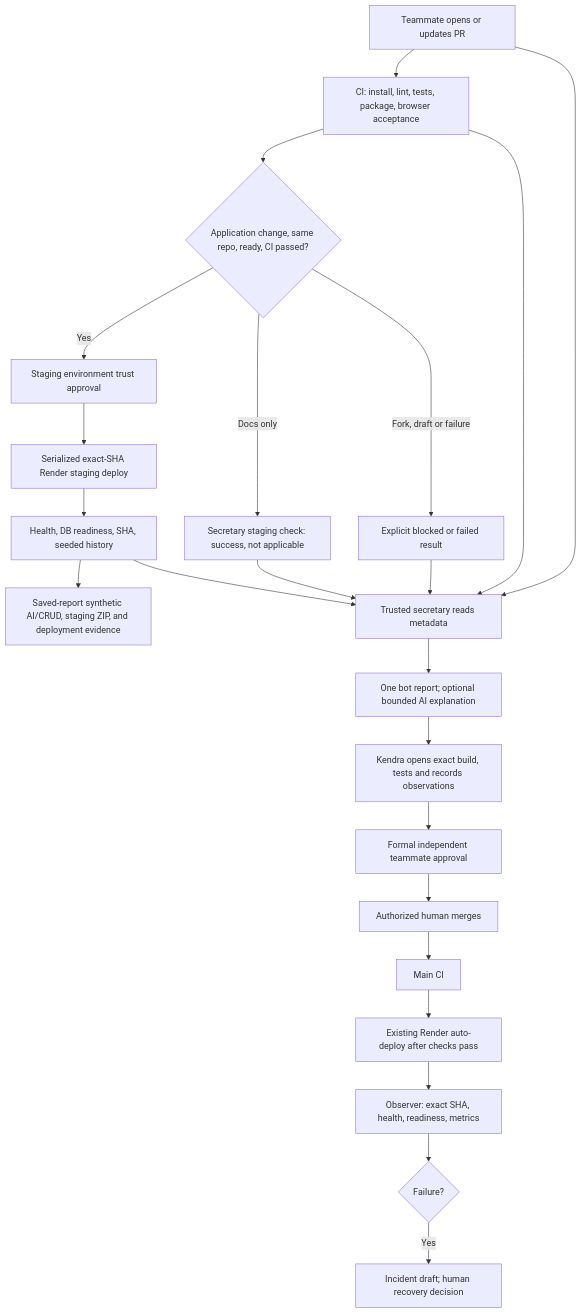
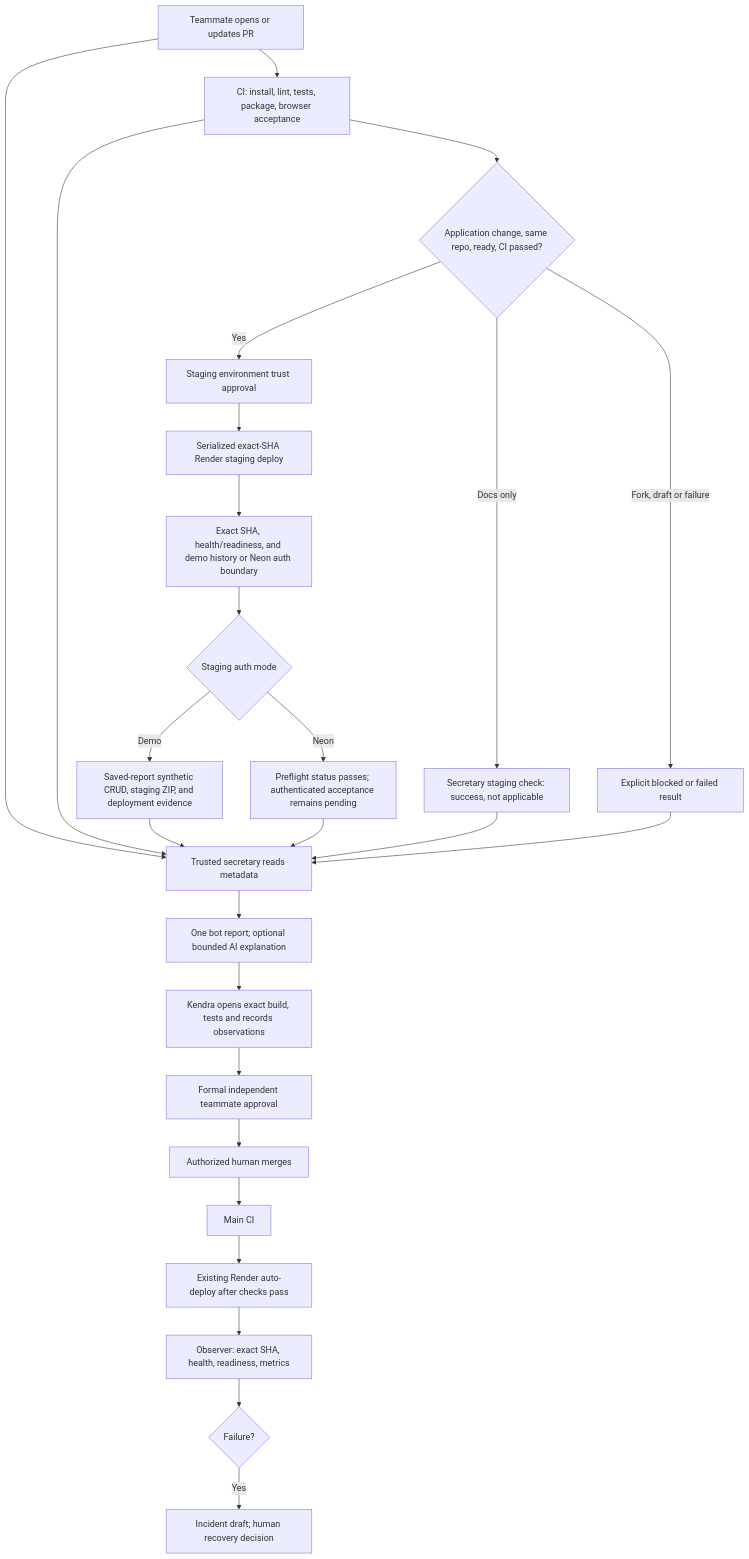
Before and after one commit to kendshhh/PhishLens: the diagram in docs/devops/secretary.md, drawn with Mermaid. The commit also changed other lines of this file and 4 other files, not shown here.

Commit message:
fix(devops): pass exact Neon staging preflight

````diff
--- a/docs/devops/secretary.md
+++ b/docs/devops/secretary.md
@@ -16,25 +16,28 @@
 ```mermaid
 flowchart TD
   P[Teammate opens or updates PR] --> C[CI: install, lint, tests, package, browser acceptance]
   P --> R[Trusted secretary reads metadata]
   C --> D{Application change, same repo, ready, CI passed?}
   D -->|Yes| E[Staging environment trust approval]
   E --> S[Serialized exact-SHA Render staging deploy]
-  S --> V[Health, DB readiness, SHA, seeded history]
-  V --> Z[Saved-report synthetic AI/CRUD, staging ZIP, and deployment evidence]
+  S --> V[Exact SHA, health/readiness, and demo history or Neon auth boundary]
+  V --> MODE{Staging auth mode}
+  MODE -->|Demo| DEMO[Saved-report synthetic CRUD, staging ZIP, and deployment evidence]
+  MODE -->|Neon| NEON[Preflight status passes; authenticated acceptance remains pending]
   D -->|Docs only| N[Secretary staging check: success, not applicable]
   D -->|Fork, draft or failure| B[Explicit blocked or failed result]
   C --> R
-  V --> R
+  DEMO --> R
+  NEON --> R
   N --> R
   B --> R
   R --> A[One bot report; optional bounded AI explanation]
   A --> K[Kendra opens exact build, tests and records observations]
   K --> H[Formal independent teammate approval]
   H --> M[Authorized human merges]
   M --> MC[Main CI]
   MC --> RD[Existing Render auto-deploy after checks pass]
   RD --> O[Observer: exact SHA, health, readiness, metrics]
   O --> F{Failure?}
   F -->|Yes| I[Incident draft; human recovery decision]
 ```
````
